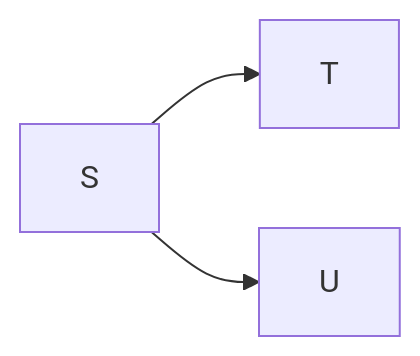
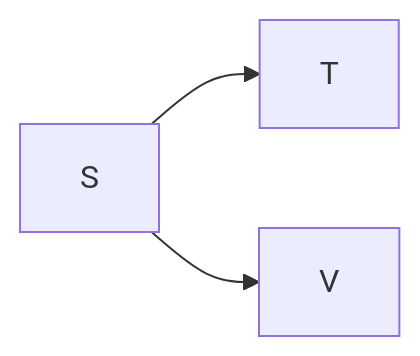
The third of 4 diagrams in docs/ducktype.md (MSUSEL/msusel-tdmetrics-go), drawn with Mermaid before and after one commit. The commit also changed other lines of this file and 1 other file, not shown here.

````diff
--- a/docs/ducktype.md
+++ b/docs/ducktype.md
@@ -49,5 +41,5 @@
 ```Mermaid
 flowchart LR
     S --> T
-    S --> U
+    S --> V
 ```
````
